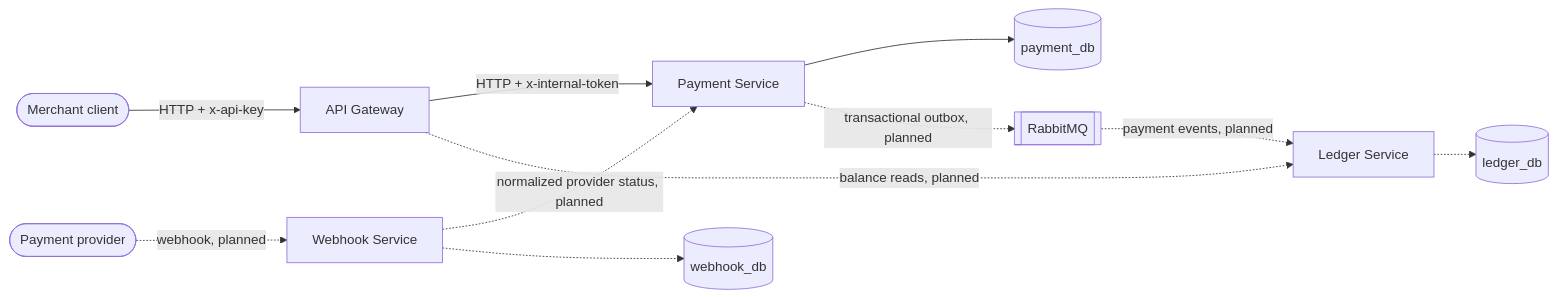
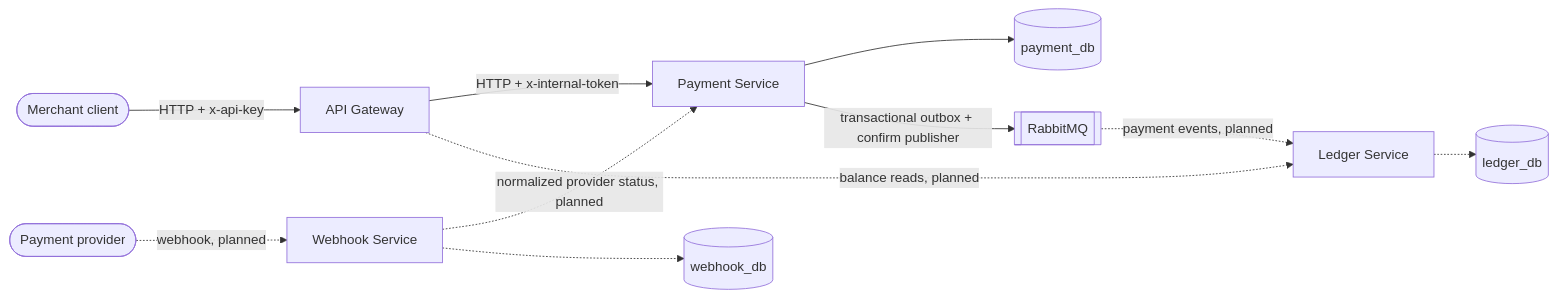
The diagram in README.md (engincankaya/payment-orchestration-platform), drawn with Mermaid before and after one commit. The commit also changed other lines of this file, not shown here.

````diff
--- a/README.md
+++ b/README.md
@@ -13,16 +13,16 @@
 ```mermaid
 flowchart LR
     Client([Merchant client]) -->|HTTP + x-api-key| GW[API Gateway]
     GW -->|HTTP + x-internal-token| PS[Payment Service]
 
     PS --> PDB[(payment_db)]
 
-    PS -.->|transactional outbox, planned| MQ[[RabbitMQ]]
+    PS -->|transactional outbox + confirm publisher| MQ[[RabbitMQ]]
     MQ -.->|payment events, planned| LS[Ledger Service]
     LS -.-> LDB[(ledger_db)]
     GW -.->|balance reads, planned| LS
 
     Provider([Payment provider]) -.->|webhook, planned| WS[Webhook Service]
     WS -.->|normalized provider status, planned| PS
     WS -.-> WDB[(webhook_db)]
 ```
````
